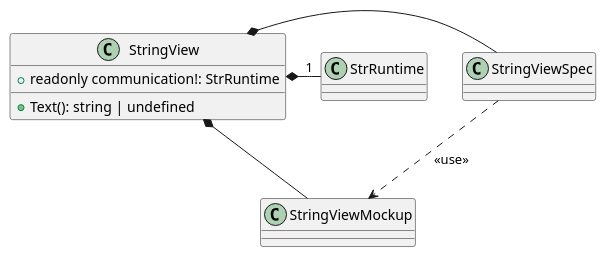
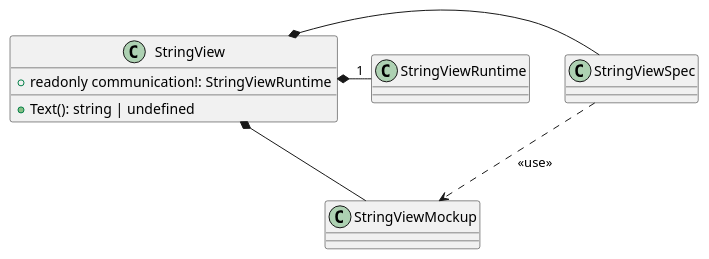
One commit to p2o-lab/polaris-backend changed the diagram in src/modularPlantManager/pea/dataAssembly/indicatorElement/StringView/StringView.puml. Above: the diagram before and after it, drawn with PlantUML. The commit also changed 310 other files, not shown here.

```diff
--- a/src/modularPlantManager/pea/dataAssembly/indicatorElement/StringView/StringView.puml
+++ b/src/modularPlantManager/pea/dataAssembly/indicatorElement/StringView/StringView.puml
@@ -26,14 +26,14 @@
 @startuml
 'https://plantuml.com/class-diagram
 
 class StringView{
-    + readonly communication!: StrRuntime
+    + readonly communication!: StringViewRuntime
     + Text(): string | undefined
 }
 StringView *- StringViewSpec
 StringViewSpec ..> StringViewMockup : <<use>>
 StringView *- StringViewMockup
 
-StringView *- "1" StrRuntime
+StringView *- "1" StringViewRuntime
 
 @enduml
```
